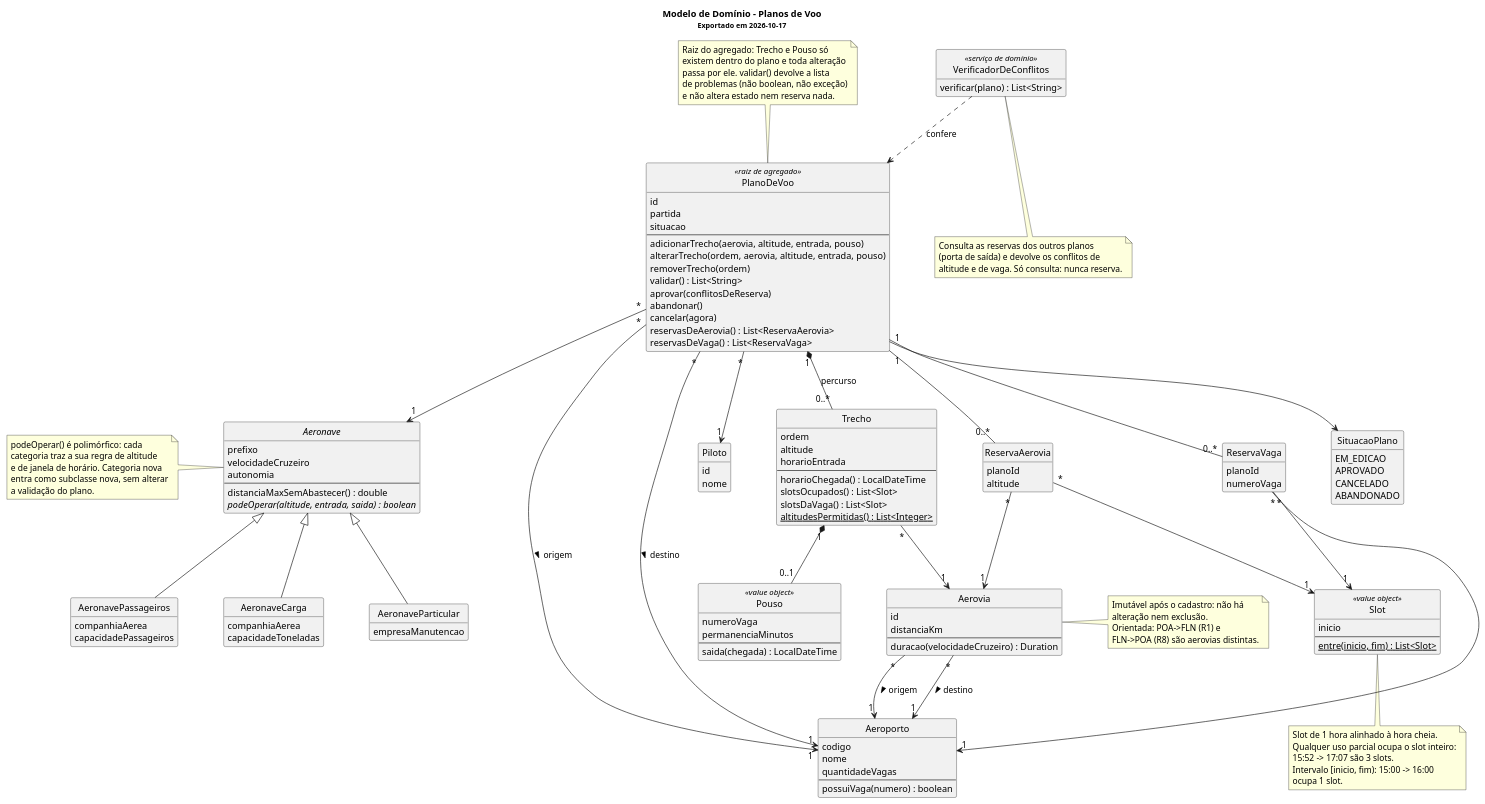
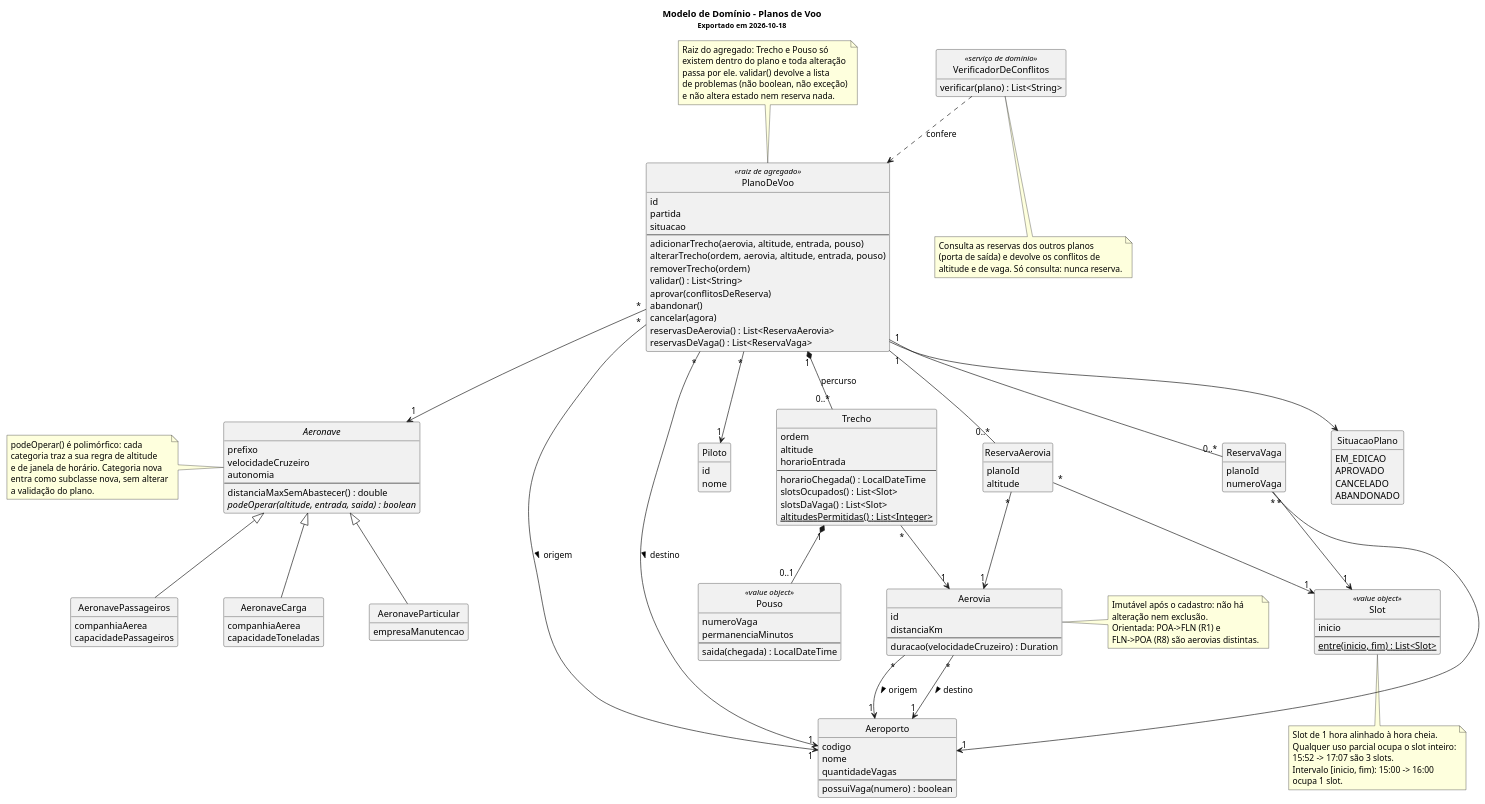
One commit to antoniocosta0/trabalho-projaq changed the diagram in docs/dominio/modelo-dominio.puml. Above: the diagram before and after it, drawn with PlantUML. The commit also changed 3 other files, not shown here.

Commit message:
docs: export the domain and component diagrams with reservations

```diff
--- a/docs/dominio/modelo-dominio.puml
+++ b/docs/dominio/modelo-dominio.puml
@@ -1,182 +1,182 @@
 @startuml
 ' Modelo de domínio - Sistema de Gestão de Planos de Voo
 ' PUCRS - Projeto e Arquitetura de Software - 2026/2 - turma 340
 ' Entrega de 05/10. Fonte versionada; o .png é exportado deste arquivo.
 
 title
   Modelo de Domínio - Planos de Voo
-  <size:11>Exportado em 2026-10-17</size>
+  <size:11>Exportado em 2026-10-18</size>
 end title
 hide circle
 hide empty members
 skinparam classAttributeIconSize 0
 skinparam shadowing false
 skinparam nodesep 70
 skinparam ranksep 70
 
 class Aeroporto {
   codigo
   nome
   quantidadeVagas
   --
   possuiVaga(numero) : boolean
 }
 
 class Aerovia {
   id
   distanciaKm
   --
   duracao(velocidadeCruzeiro) : Duration
 }
 
 note right of Aerovia
   Imutável após o cadastro: não há
   alteração nem exclusão.
   Orientada: POA->FLN (R1) e
   FLN->POA (R8) são aerovias distintas.
 end note
 
 class Piloto {
   id
   nome
 }
 
 abstract class Aeronave {
   prefixo
   velocidadeCruzeiro
   autonomia
   --
   distanciaMaxSemAbastecer() : double
   {abstract} podeOperar(altitude, entrada, saida) : boolean
 }
 
 note left of Aeronave
   podeOperar() é polimórfico: cada
   categoria traz a sua regra de altitude
   e de janela de horário. Categoria nova
   entra como subclasse nova, sem alterar
   a validação do plano.
 end note
 
 class AeronaveParticular {
   empresaManutencao
 }
 
 class AeronavePassageiros {
   companhiaAerea
   capacidadePassageiros
 }
 
 class AeronaveCarga {
   companhiaAerea
   capacidadeToneladas
 }
 
 class PlanoDeVoo <<raiz de agregado>> {
   id
   partida
   situacao
   --
   adicionarTrecho(aerovia, altitude, entrada, pouso)
   alterarTrecho(ordem, aerovia, altitude, entrada, pouso)
   removerTrecho(ordem)
   validar() : List<String>
   aprovar(conflitosDeReserva)
   abandonar()
   cancelar(agora)
   reservasDeAerovia() : List<ReservaAerovia>
   reservasDeVaga() : List<ReservaVaga>
 }
 
 note top of PlanoDeVoo
   Raiz do agregado: Trecho e Pouso só
   existem dentro do plano e toda alteração
   passa por ele. validar() devolve a lista
   de problemas (não boolean, não exceção)
   e não altera estado nem reserva nada.
 end note
 
 class Trecho {
   ordem
   altitude
   horarioEntrada
   --
   horarioChegada() : LocalDateTime
   slotsOcupados() : List<Slot>
   slotsDaVaga() : List<Slot>
   {static} altitudesPermitidas() : List<Integer>
 }
 
 class Pouso <<value object>> {
   numeroVaga
   permanenciaMinutos
   --
   saida(chegada) : LocalDateTime
 }
 
 class Slot <<value object>> {
   inicio
   --
   {static} entre(inicio, fim) : List<Slot>
 }
 
 note bottom of Slot
   Slot de 1 hora alinhado à hora cheia.
   Qualquer uso parcial ocupa o slot inteiro:
   15:52 -> 17:07 são 3 slots.
   Intervalo [inicio, fim): 15:00 -> 16:00
   ocupa 1 slot.
 end note
 
 class ReservaAerovia {
   planoId
   altitude
 }
 
 class ReservaVaga {
   planoId
   numeroVaga
 }
 
 class VerificadorDeConflitos <<serviço de domínio>> {
   verificar(plano) : List<String>
 }
 
 note bottom of VerificadorDeConflitos
   Consulta as reservas dos outros planos
   (porta de saída) e devolve os conflitos de
   altitude e de vaga. Só consulta: nunca reserva.
 end note
 
 enum SituacaoPlano {
   EM_EDICAO
   APROVADO
   CANCELADO
   ABANDONADO
 }
 
 Aerovia "*" --> "1" Aeroporto : origem >
 Aerovia "*" --> "1" Aeroporto : destino >
 
 Aeronave <|-- AeronaveParticular
 Aeronave <|-- AeronavePassageiros
 Aeronave <|-- AeronaveCarga
 
 PlanoDeVoo "*" --> "1" Piloto
 PlanoDeVoo "*" --> "1" Aeronave
 PlanoDeVoo "*" --> "1" Aeroporto : origem >
 PlanoDeVoo "*" --> "1" Aeroporto : destino >
 PlanoDeVoo --> SituacaoPlano
 PlanoDeVoo "1" *-- "0..*" Trecho : percurso
 Trecho "*" --> "1" Aerovia
 Trecho "1" *-- "0..1" Pouso
 
 PlanoDeVoo "1" -- "0..*" ReservaAerovia
 PlanoDeVoo "1" -- "0..*" ReservaVaga
 ReservaAerovia "*" --> "1" Aerovia
 ReservaAerovia "*" --> "1" Slot
 ReservaVaga "*" --> "1" Aeroporto
 ReservaVaga "*" --> "1" Slot
 VerificadorDeConflitos ..> PlanoDeVoo : confere
 
 @enduml
```
